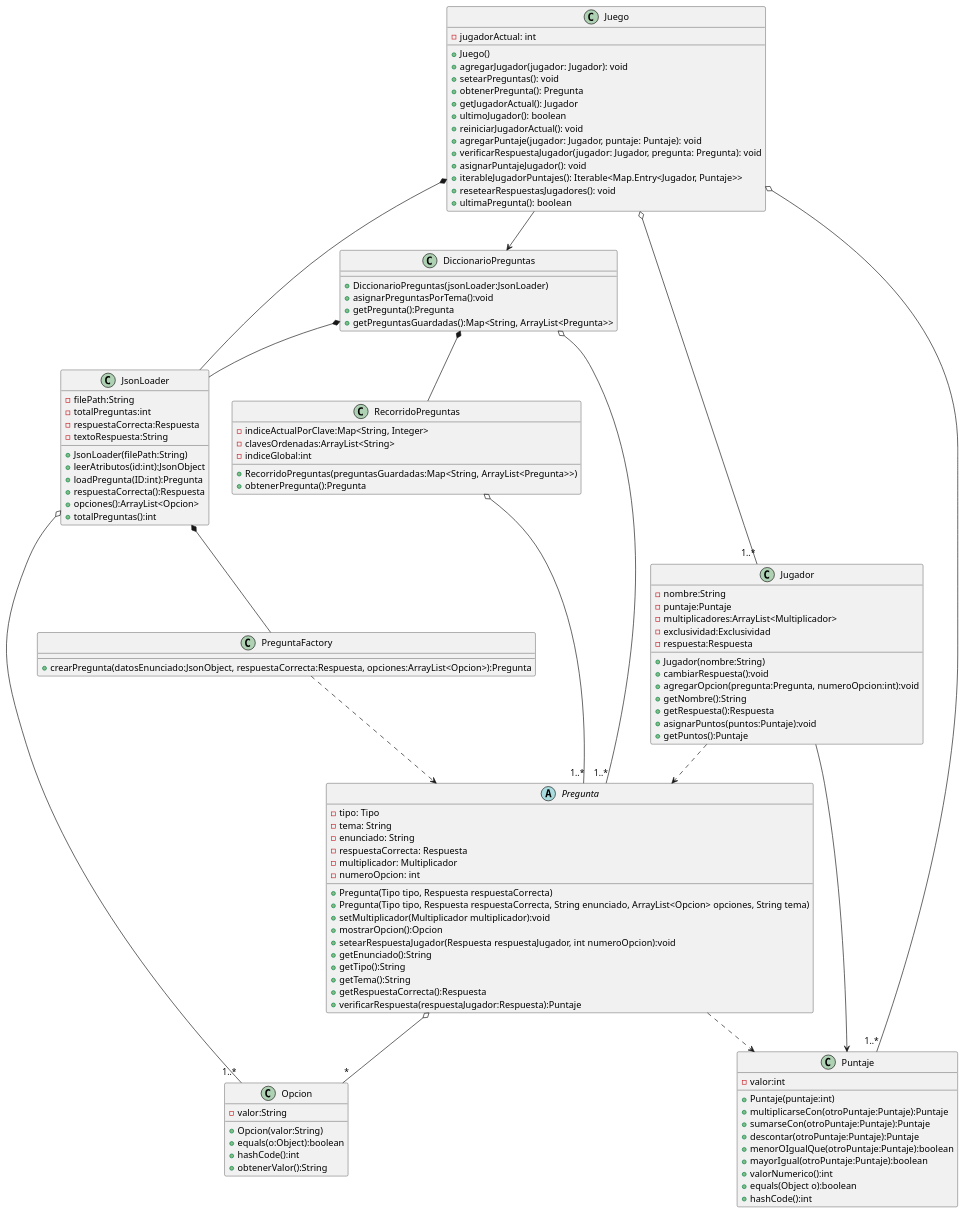
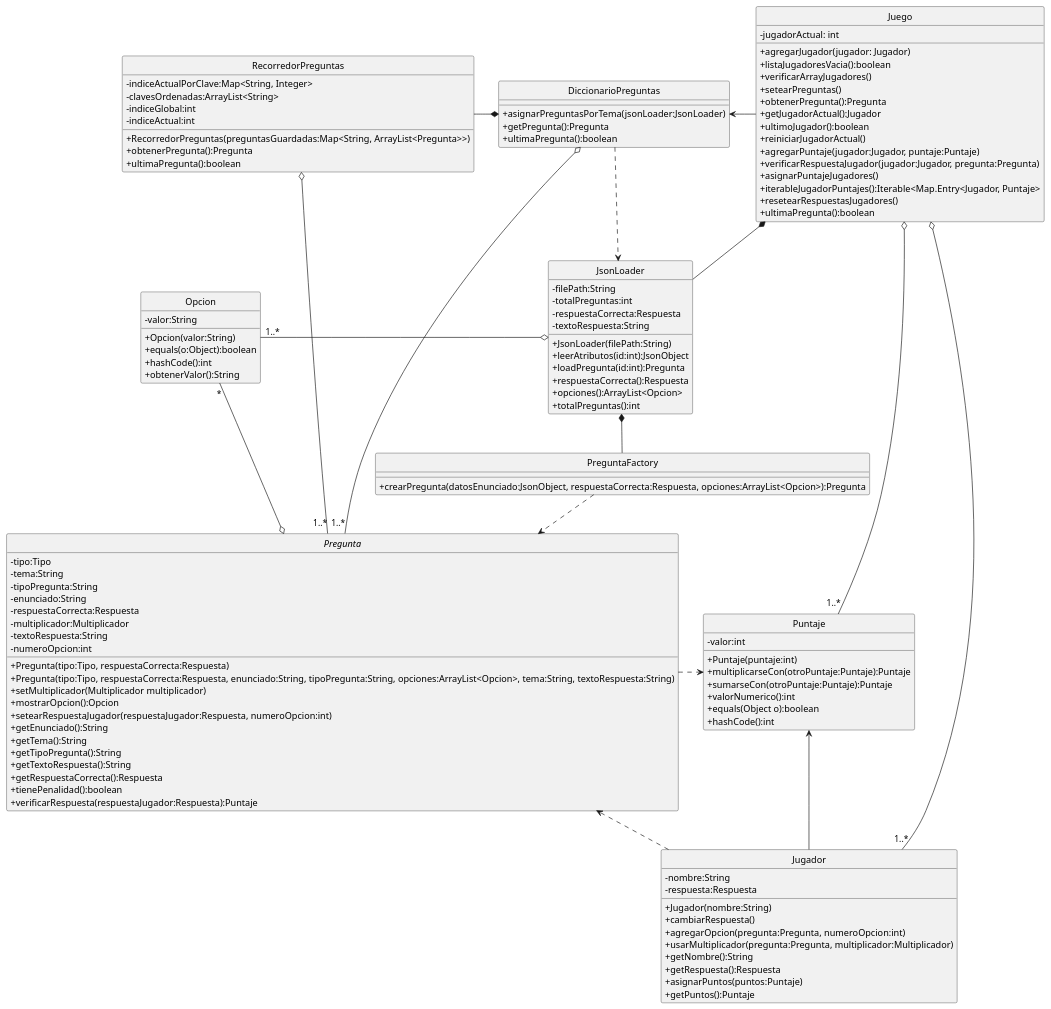
One commit to TomasContessi/g12-tp2-1c-2024 changed the diagram in diagramas/clases/diagramaClasesJuego.puml. Above: the diagram before and after it, drawn with PlantUML. The commit also changed 31 other files, not shown here.

Commit message:
Agrego un diagrama y algunas correcciones

```diff
--- a/diagramas/clases/diagramaClasesJuego.puml
+++ b/diagramas/clases/diagramaClasesJuego.puml
@@ -1,139 +1,131 @@
 @startuml
-'https://plantuml.com/class-diagram
 
+skinparam monochrome true
+hide circle
+skinparam classAttributeIconSize 0
 
 class JsonLoader {
     - filePath:String
     - totalPreguntas:int
     - respuestaCorrecta:Respuesta
     - textoRespuesta:String
-
     + JsonLoader(filePath:String)
     + leerAtributos(id:int):JsonObject
-    + loadPregunta(ID:int):Pregunta
+    + loadPregunta(id:int):Pregunta
     + respuestaCorrecta():Respuesta
     + opciones():ArrayList<Opcion>
     + totalPreguntas():int
 }
 
-
 class DiccionarioPreguntas {
-    + DiccionarioPreguntas(jsonLoader:JsonLoader)
-    + asignarPreguntasPorTema():void
+    + asignarPreguntasPorTema(jsonLoader:JsonLoader)
     + getPregunta():Pregunta
-    + getPreguntasGuardadas():Map<String, ArrayList<Pregunta>>
+    + ultimaPregunta():boolean
 }
 
 class PreguntaFactory {
-
     + crearPregunta(datosEnunciado:JsonObject, respuestaCorrecta:Respuesta, opciones:ArrayList<Opcion>):Pregunta
 }
 
-
-
-class RecorridoPreguntas {
+class RecorredorPreguntas {
     - indiceActualPorClave:Map<String, Integer>
     - clavesOrdenadas:ArrayList<String>
     - indiceGlobal:int
-
-    + RecorridoPreguntas(preguntasGuardadas:Map<String, ArrayList<Pregunta>>)
+    - indiceActual:int
+    + RecorredorPreguntas(preguntasGuardadas:Map<String, ArrayList<Pregunta>>)
     + obtenerPregunta():Pregunta
+    + ultimaPregunta():boolean
 }
 
 class Jugador {
     - nombre:String
-    - puntaje:Puntaje
-    - multiplicadores:ArrayList<Multiplicador>
-    - exclusividad:Exclusividad
     - respuesta:Respuesta
-
     + Jugador(nombre:String)
-    + cambiarRespuesta():void
-    + agregarOpcion(pregunta:Pregunta, numeroOpcion:int):void
+    + cambiarRespuesta()
+    + agregarOpcion(pregunta:Pregunta, numeroOpcion:int)
+    + usarMultiplicador(pregunta:Pregunta, multiplicador:Multiplicador)
     + getNombre():String
     + getRespuesta():Respuesta
-    + asignarPuntos(puntos:Puntaje):void
+    + asignarPuntos(puntos:Puntaje)
     + getPuntos():Puntaje
 }
 
 class Juego {
     - jugadorActual: int
-
-    + Juego()
-    + agregarJugador(jugador: Jugador): void
-    + setearPreguntas(): void
-    + obtenerPregunta(): Pregunta
-    + getJugadorActual(): Jugador
-    + ultimoJugador(): boolean
-    + reiniciarJugadorActual(): void
-    + agregarPuntaje(jugador: Jugador, puntaje: Puntaje): void
-    + verificarRespuestaJugador(jugador: Jugador, pregunta: Pregunta): void
-    + asignarPuntajeJugador(): void
-    + iterableJugadorPuntajes(): Iterable<Map.Entry<Jugador, Puntaje>>
-    + resetearRespuestasJugadores(): void
-    + ultimaPregunta(): boolean
+    + agregarJugador(jugador: Jugador)
+    + listaJugadoresVacia():boolean
+    + verificarArrayJugadores()
+    + setearPreguntas()
+    + obtenerPregunta():Pregunta
+    + getJugadorActual():Jugador
+    + ultimoJugador():boolean
+    + reiniciarJugadorActual()
+    + agregarPuntaje(jugador:Jugador, puntaje:Puntaje)
+    + verificarRespuestaJugador(jugador:Jugador, pregunta:Pregunta)
+    + asignarPuntajeJugadores()
+    + iterableJugadorPuntajes():Iterable<Map.Entry<Jugador, Puntaje>
+    + resetearRespuestasJugadores()
+    + ultimaPregunta():boolean
 }
-
 
 class Puntaje {
     - valor:int
     + Puntaje(puntaje:int)
     + multiplicarseCon(otroPuntaje:Puntaje):Puntaje
     + sumarseCon(otroPuntaje:Puntaje):Puntaje
-    + descontar(otroPuntaje:Puntaje):Puntaje
-    + menorOIgualQue(otroPuntaje:Puntaje):boolean
-    + mayorIgual(otroPuntaje:Puntaje):boolean
     + valorNumerico():int 
     + equals(Object o):boolean
     + hashCode():int
 }
 
 abstract class Pregunta {
-    - tipo: Tipo
-    - tema: String
-    - enunciado: String
-    - respuestaCorrecta: Respuesta
-    - multiplicador: Multiplicador
-    - numeroOpcion: int
-
-    + Pregunta(Tipo tipo, Respuesta respuestaCorrecta)
-    + Pregunta(Tipo tipo, Respuesta respuestaCorrecta, String enunciado, ArrayList<Opcion> opciones, String tema)
-    + setMultiplicador(Multiplicador multiplicador):void
+    - tipo:Tipo
+    - tema:String
+    - tipoPregunta:String
+    - enunciado:String
+    - respuestaCorrecta:Respuesta
+    - multiplicador:Multiplicador
+    - textoRespuesta:String
+    - numeroOpcion:int
+    + Pregunta(tipo:Tipo, respuestaCorrecta:Respuesta)
+    + Pregunta(tipo:Tipo, respuestaCorrecta:Respuesta, enunciado:String, tipoPregunta:String, opciones:ArrayList<Opcion>, tema:String, textoRespuesta:String)
+    + setMultiplicador(Multiplicador multiplicador)
     + mostrarOpcion():Opcion
-    + setearRespuestaJugador(Respuesta respuestaJugador, int numeroOpcion):void
+    + setearRespuestaJugador(respuestaJugador:Respuesta, numeroOpcion:int)
     + getEnunciado():String
-    + getTipo():String
     + getTema():String
+    + getTipoPregunta():String
+    + getTextoRespuesta():String
     + getRespuestaCorrecta():Respuesta
+    + tienePenalidad():boolean
     + verificarRespuesta(respuestaJugador:Respuesta):Puntaje
 }
 
 class Opcion {
     - valor:String
     + Opcion(valor:String)
     + equals(o:Object):boolean
     + hashCode():int
     + obtenerValor():String
 }
 
-DiccionarioPreguntas *--  JsonLoader
+DiccionarioPreguntas ..>  JsonLoader
 
 JsonLoader *-- PreguntaFactory
-DiccionarioPreguntas *-- RecorridoPreguntas
+DiccionarioPreguntas *-left- RecorredorPreguntas
 
-Juego o-- "1..*" Jugador
-Juego --> DiccionarioPreguntas
+Juego o-right- "1..*" Jugador
+Juego -left-> DiccionarioPreguntas
 Juego o-- "1..*" Puntaje
-DiccionarioPreguntas o-- "1..*" Pregunta
-RecorridoPreguntas o-- "1..*" Pregunta
-PreguntaFactory ..> Pregunta
+DiccionarioPreguntas o-down- "1..*" Pregunta
+RecorredorPreguntas o-down- "1..*" Pregunta
+PreguntaFactory .down.> Pregunta
 
-JsonLoader o-- "1..*" Opcion
-Jugador --> Puntaje
-Pregunta ..> Puntaje
-Jugador ..> Pregunta
-Pregunta o-- "*" Opcion
+JsonLoader o-left- "1..*" Opcion
+Jugador -up-> Puntaje
+Pregunta .right.> Puntaje
+Jugador .down.> Pregunta
+Pregunta o-left- "*" Opcion
 Juego *-- JsonLoader
 
-
 @enduml
```
